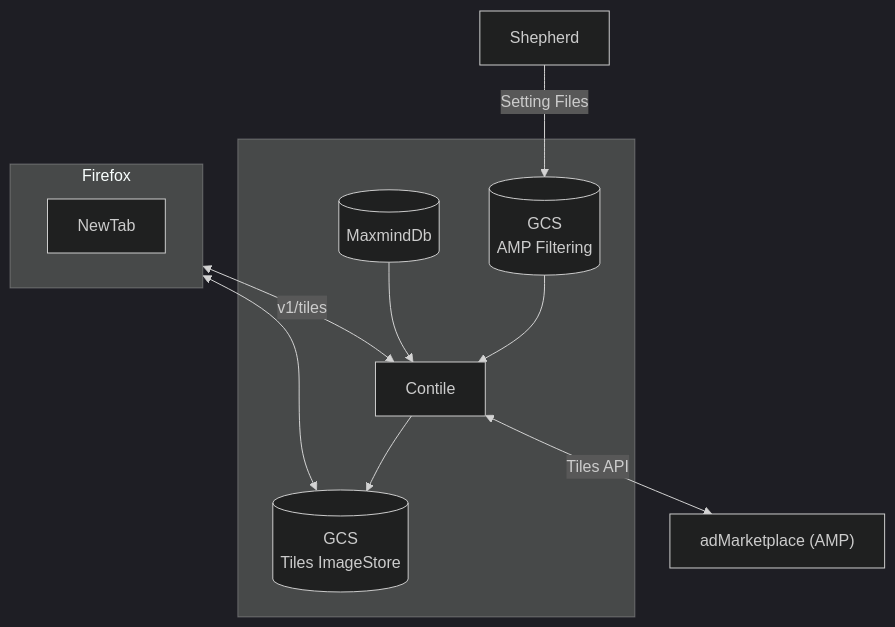
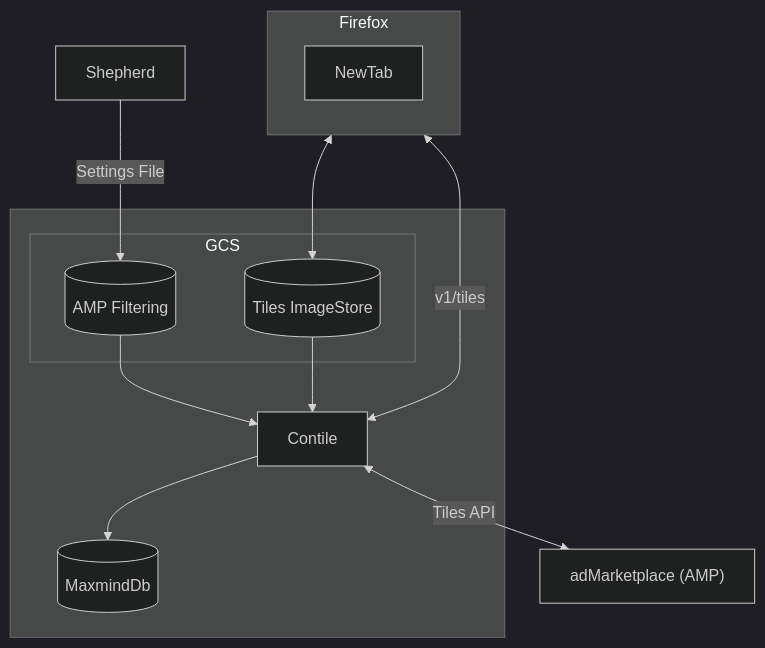
The diagram in docs/intro.md (mozilla-services/contile), drawn with Mermaid before and after one commit.

Commit message:
diagram update

````diff
--- a/docs/intro.md
+++ b/docs/intro.md
@@ -15,21 +15,26 @@
 ```mermaid
 %%{init: {'theme':'dark'}}%%
-flowchart TD
-    Firefox <-->|v1/tiles| Contile
-    Firefox <--> ImageStore[(GCS <br/> Tiles ImageStore)]
-    Contile --> ImageStore
-    Filtering[(GCS <br/> AMP Filtering)] --> Contile
-    Contile <-->|Tiles API| AMP["adMarketplace (AMP)" ]
-    Shepherd -->|Setting Files| Filtering
-    MaxmindDb[(MaxmindDb)] --> Contile
-subgraph ContileDependencies[ ]
-    Contile
+flowchart 
+
+subgraph GCS[GCS]
     ImageStore
-    MaxmindDb
     Filtering
 end
+subgraph Firefox
+    NewTab
+end
 
-subgraph Firefox
-   NewTab
+subgraph ContileDep[ ]
+    Contile
+    GCS
+    MaxmindDb
 end
+
+Firefox <-->|v1/tiles| Contile
+Firefox <--> ImageStore[(Tiles ImageStore)]
+Filtering[(AMP Filtering)] --> Contile 
+Shepherd -->|Settings File| Filtering
+Contile --> MaxmindDb[(MaxmindDb)]
+ImageStore --> Contile
+Contile <-->|Tiles API| AMP["adMarketplace (AMP)"]
 ```
````
